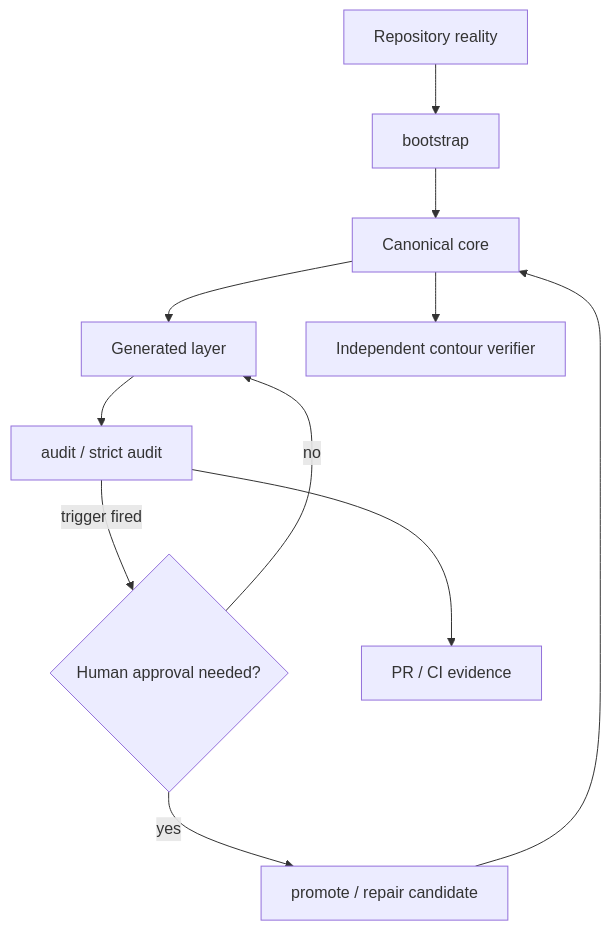
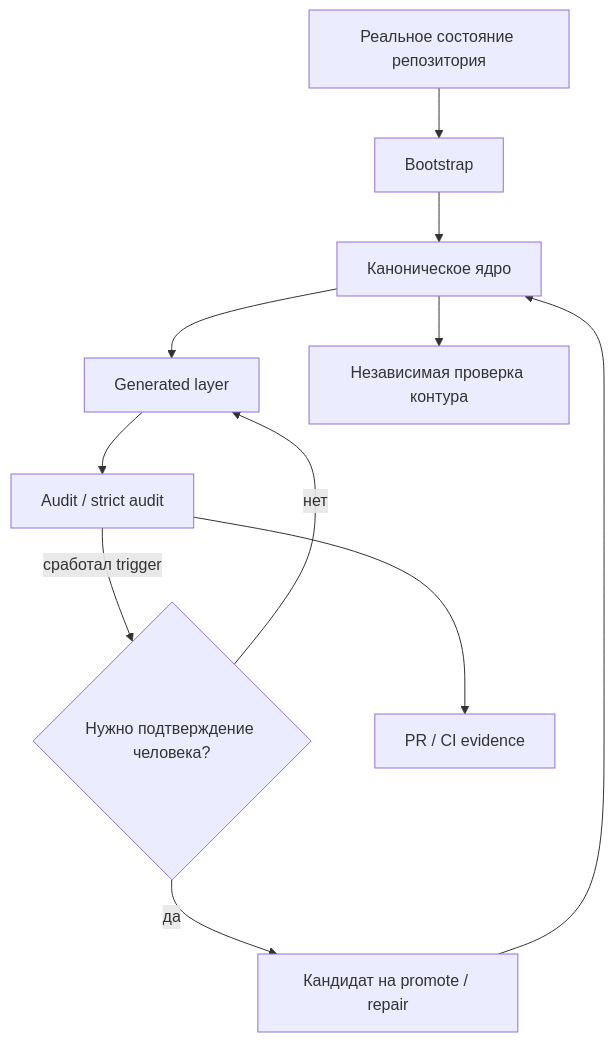
One commit to ehlyzov/skills changed the second of 2 diagrams in README.md. Above: the diagram before and after it, drawn with Mermaid. The commit also changed other lines of this file and 16 other files, not shown here.

````diff
--- a/README.md
+++ b/README.md
@@ -57,13 +59,13 @@
 ```mermaid
 flowchart TD
-    R["Repository reality"] --> B["bootstrap"]
-    B --> C["Canonical core"]
+    R["Реальное состояние репозитория"] --> B["Bootstrap"]
+    B --> C["Каноническое ядро"]
     C --> G["Generated layer"]
-    G --> A["audit / strict audit"]
-    A -->|trigger fired| H{"Human approval needed?"}
-    H -->|yes| P["promote / repair candidate"]
-    H -->|no| G
+    G --> A["Audit / strict audit"]
+    A -->|сработал trigger| H{"Нужно подтверждение человека?"}
+    H -->|да| P["Кандидат на promote / repair"]
+    H -->|нет| G
     P --> C
-    C --> V["Independent contour verifier"]
+    C --> V["Независимая проверка контура"]
     A --> PR["PR / CI evidence"]
 ```
````
